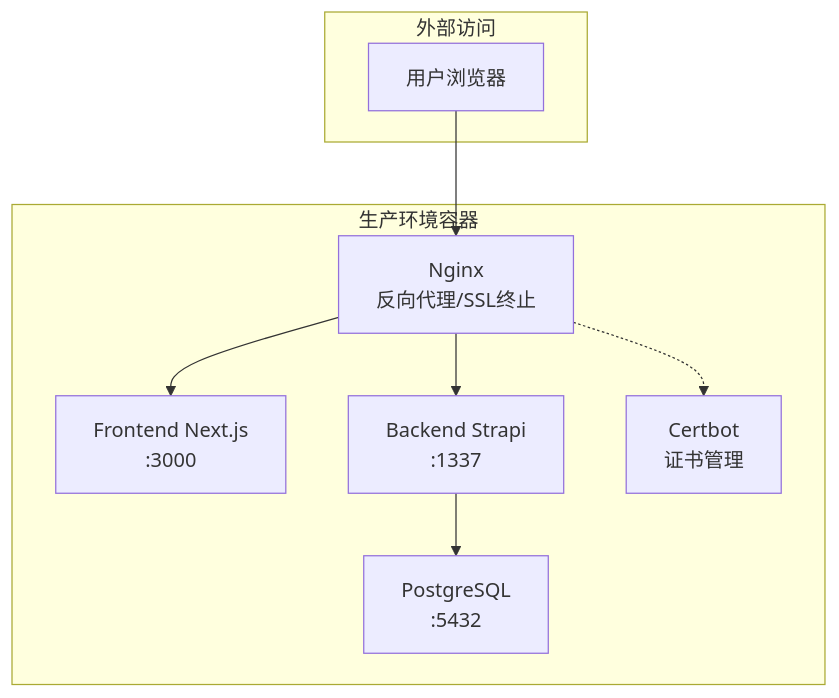
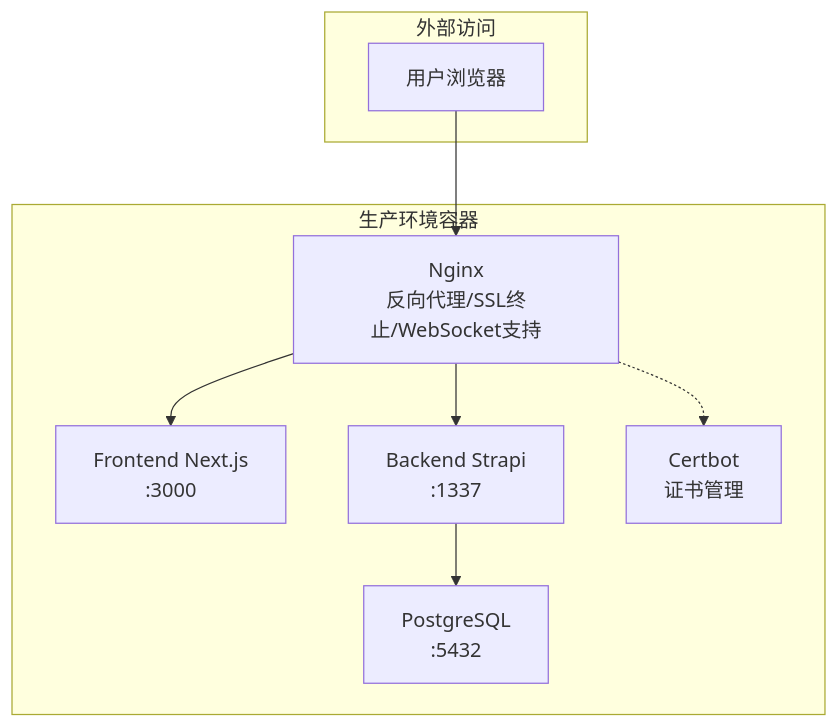
One commit to Will0253/zczk changed the first of 4 diagrams in .qoder/repowiki/zh/content/部署和运维/部署配置/Nginx和SSL配置.md. Above: the diagram before and after it, drawn with Mermaid. The commit also changed other lines of this file and 13 other files, not shown here.

````diff
--- a/.qoder/repowiki/zh/content/部署和运维/部署配置/Nginx和SSL配置.md
+++ b/.qoder/repowiki/zh/content/部署和运维/部署配置/Nginx和SSL配置.md
@@ -37,18 +58,18 @@
 ```mermaid
 graph TB
 subgraph "外部访问"
 U["用户浏览器"]
 end
 subgraph "生产环境容器"
-NGINX["Nginx<br/>反向代理/SSL终止"]
+NGINX["Nginx<br/>反向代理/SSL终止/WebSocket支持"]
 FE["Frontend Next.js<br/>:3000"]
 BE["Backend Strapi<br/>:1337"]
 PG["PostgreSQL<br/>:5432"]
 CERT["Certbot<br/>证书管理"]
 end
 U --> NGINX
 NGINX --> FE
 NGINX --> BE
 BE --> PG
 NGINX -.-> CERT
 ```
````
